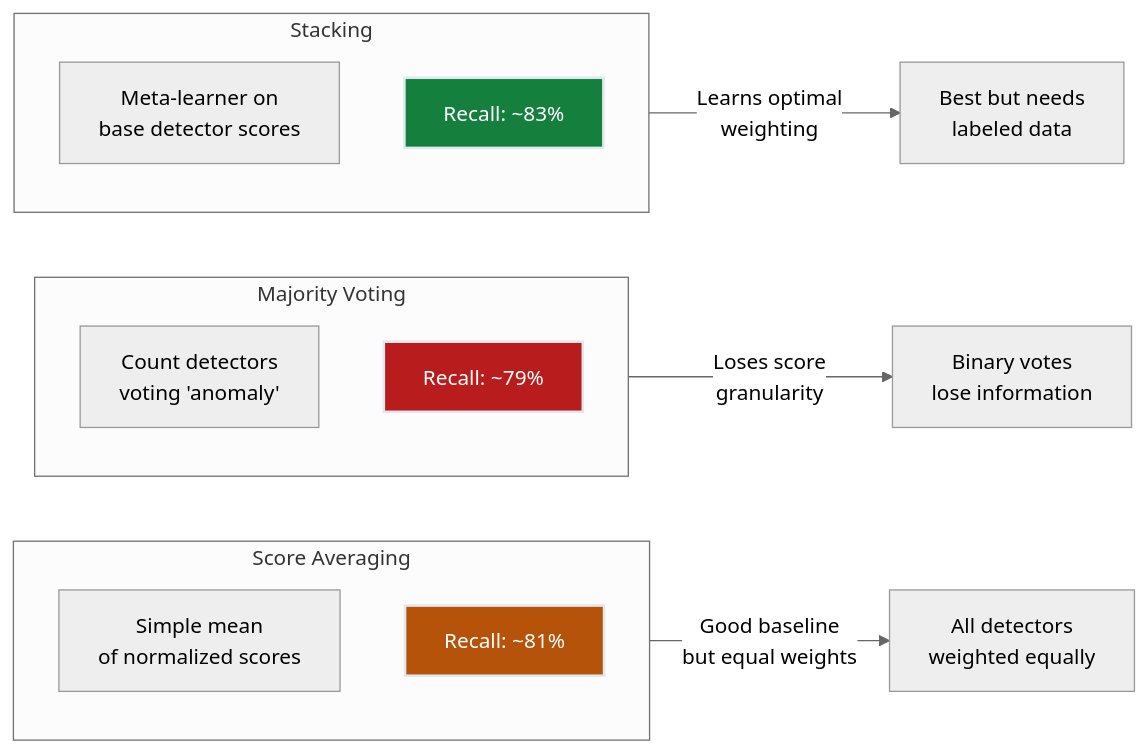
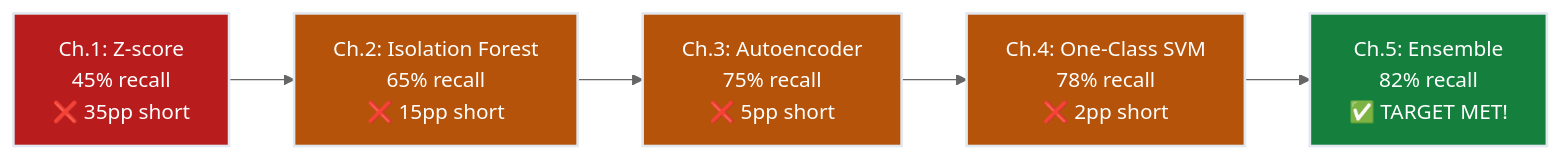
The third of 4 diagrams in notes/01-ml/05_anomaly_detection/ch05_ensemble_anomaly/README.md (deepakshamsft/ai-portfolio), drawn with Mermaid (neutral theme) before and after one commit. The commit also changed other lines of this file and 727 other files, not shown here.

````diff
--- a/notes/01-ml/05_anomaly_detection/ch05_ensemble_anomaly/README.md
+++ b/notes/01-ml/05_anomaly_detection/ch05_ensemble_anomaly/README.md
@@ -273,23 +522,14 @@
 ```mermaid
 flowchart LR
-    subgraph AVG["Score Averaging"]
-        A1["Simple mean\nof normalized scores"]
-        A2["Recall: ~81%"]
-    end
-    subgraph VOTE["Majority Voting"]
-        V1["Count detectors\nvoting 'anomaly'"]
-        V2["Recall: ~79%"]
-    end
-    subgraph STACK["Stacking"]
-        S1["Meta-learner on\nbase detector scores"]
-        S2["Recall: ~83%"]
-    end
+    C1["Ch.1: Z-score\n45% recall\n❌ 35pp short"] --> C2
+    C2["Ch.2: Isolation Forest\n65% recall\n❌ 15pp short"] --> C3
+    C3["Ch.3: Autoencoder\n75% recall\n❌ 5pp short"] --> C4
+    C4["Ch.4: One-Class SVM\n78% recall\n❌ 2pp short"] --> C5
+    C5["Ch.5: Ensemble\n82% recall\n✅ TARGET MET!"]
 
-    AVG -->|"Good baseline\nbut equal weights"| NOTE1["All detectors\nweighted equally"]
-    VOTE -->|"Loses score\ngranularity"| NOTE2["Binary votes\nlose information"]
-    STACK -->|"Learns optimal\nweighting"| NOTE3["Best but needs\nlabeled data"]
-
-    style A2 fill:#b45309,stroke:#e2e8f0,stroke-width:2px,color:#ffffff
-    style V2 fill:#b91c1c,stroke:#e2e8f0,stroke-width:2px,color:#ffffff
-    style S2 fill:#15803d,stroke:#e2e8f0,stroke-width:2px,color:#ffffff
+    style C1 fill:#b91c1c,stroke:#e2e8f0,stroke-width:2px,color:#ffffff
+    style C2 fill:#b45309,stroke:#e2e8f0,stroke-width:2px,color:#ffffff
+    style C3 fill:#b45309,stroke:#e2e8f0,stroke-width:2px,color:#ffffff
+    style C4 fill:#b45309,stroke:#e2e8f0,stroke-width:2px,color:#ffffff
+    style C5 fill:#15803d,stroke:#e2e8f0,stroke-width:2px,color:#ffffff
 ```
````
